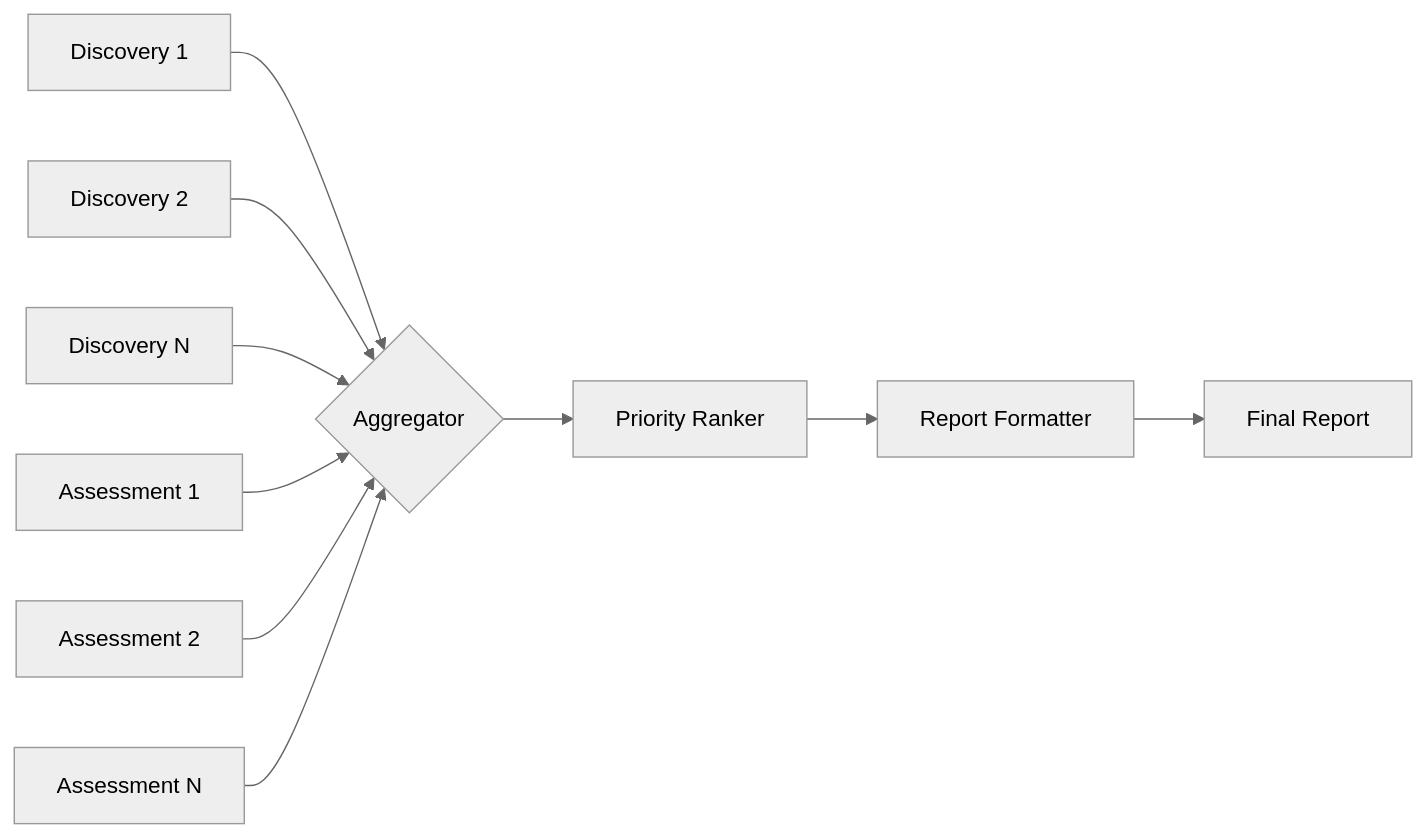
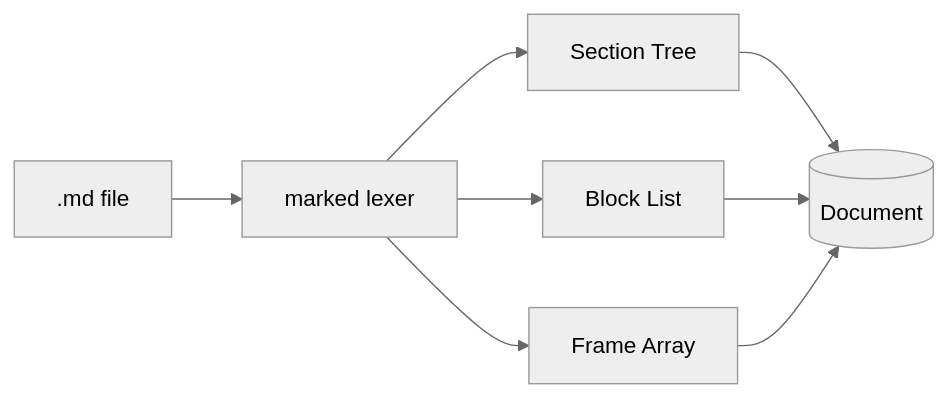
One commit to NiloCK/mdr changed the second of 3 diagrams in sample.md. Above: the diagram before and after it, drawn with Mermaid (neutral theme). The commit also changed other lines of this file, not shown here.

````diff
--- a/sample.md
+++ b/sample.md
@@ -218,12 +281,10 @@
 ```mermaid
 graph LR
-    D1[Discovery 1] --> Agg{Aggregator}
-    D2[Discovery 2] --> Agg
-    D3[Discovery N] --> Agg
-    A1[Assessment 1] --> Agg
-    A2[Assessment 2] --> Agg
-    A3[Assessment N] --> Agg
-    Agg --> Rank[Priority Ranker]
-    Rank --> Format[Report Formatter]
-    Format --> Out[Final Report]
+    MD[.md file] --> Lex[marked lexer]
+    Lex --> Sections[Section Tree]
+    Lex --> Blocks[Block List]
+    Lex --> Frames[Frame Array]
+    Sections --> Doc[(Document)]
+    Blocks --> Doc
+    Frames --> Doc
 ```
````
